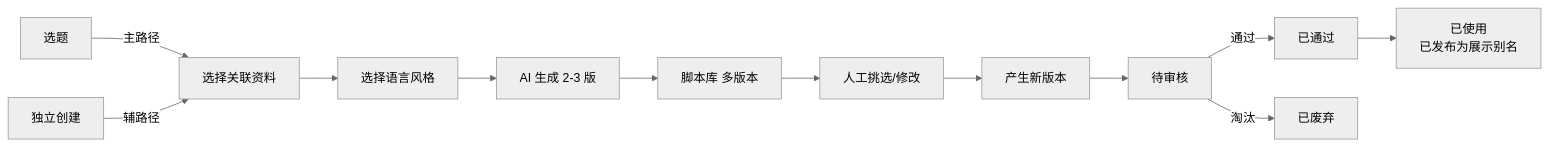
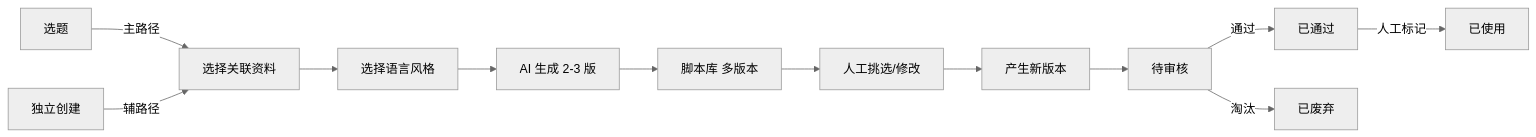
Before and after one commit to lophyJessica/forge-scrm: the first of 2 diagrams in prd-docs/modules/03-脚本库PRD.md, drawn with Mermaid (neutral theme). The commit also changed other lines of this file and 17 other files, not shown here.

````diff
--- a/prd-docs/modules/03-脚本库PRD.md
+++ b/prd-docs/modules/03-脚本库PRD.md
@@ -27,14 +27,14 @@
 ```mermaid
 flowchart LR
     A[选题] -->|主路径| B[选择关联资料]
     C[独立创建] -->|辅路径| B
     B --> D[选择语言风格]
     D --> E[AI 生成 2-3 版]
     E --> F[脚本库 多版本]
     F --> G[人工挑选/修改]
     G --> H[产生新版本]
     H --> I[待审核]
     I -->|通过| J[已通过]
     I -->|淘汰| K[已废弃]
-    J --> L[已使用<br/>已发布为展示别名]
+    J -->|人工标记| L[已使用]
 ```
````
